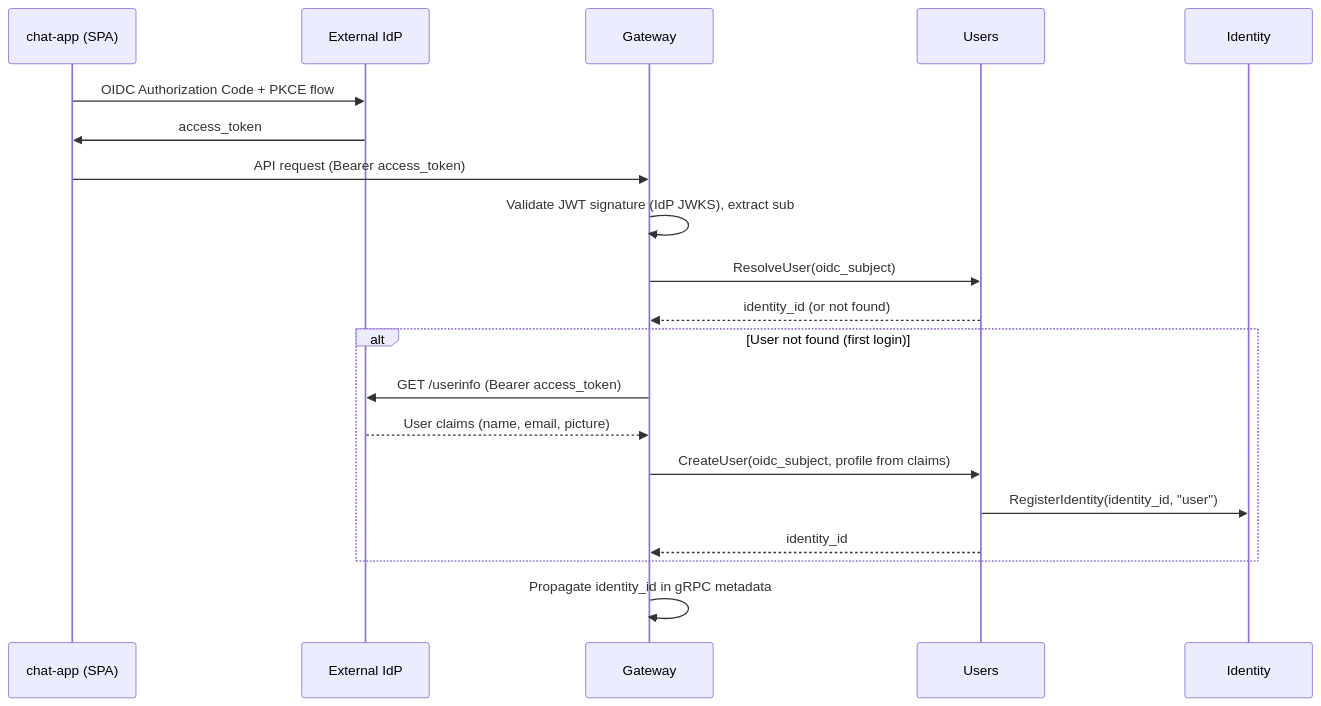
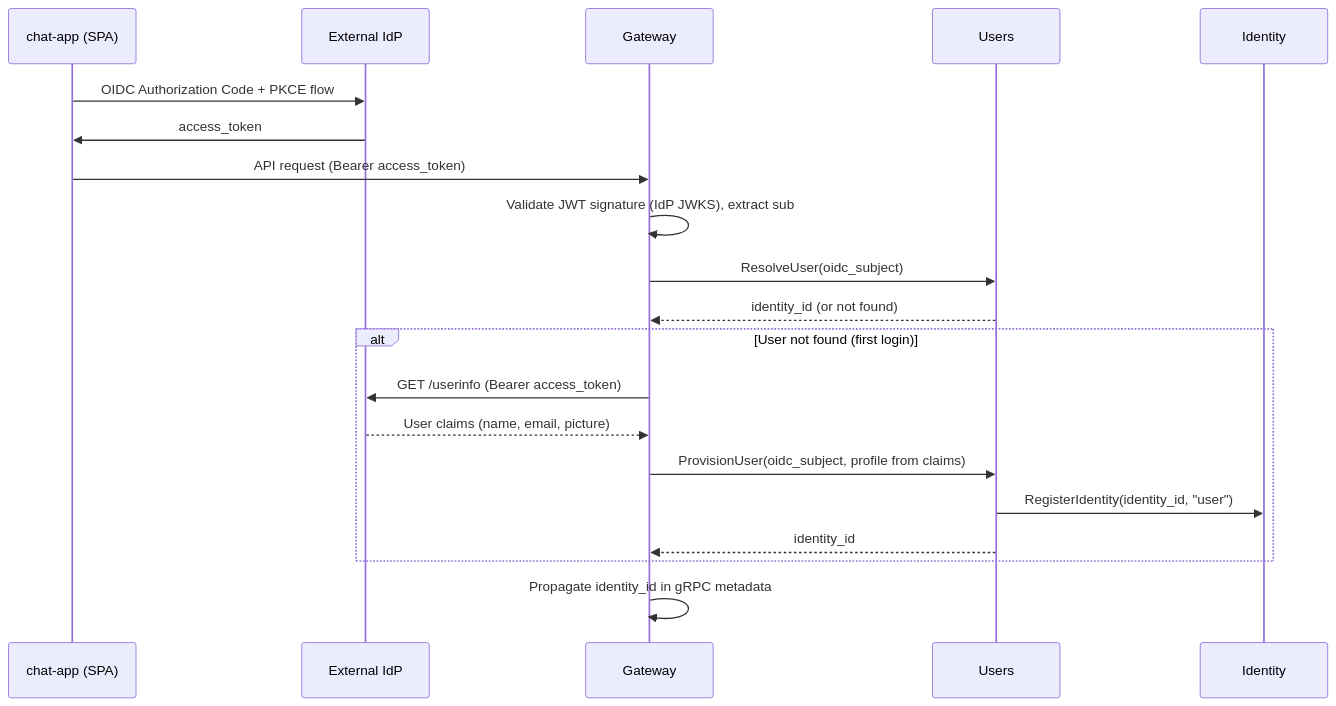
One commit to agynio/architecture changed the second of 2 diagrams in architecture/users.md. Above: the diagram before and after it, drawn with Mermaid. The commit also changed other lines of this file and 8 other files, not shown here.

First line of the commit message:
Add Console (management UI) product spec and architecture (#95)

````diff
--- a/architecture/users.md
+++ b/architecture/users.md
@@ -49,23 +122,23 @@
 ```mermaid
 sequenceDiagram
     participant App as chat-app (SPA)
     participant IdP as External IdP
     participant GW as Gateway
     participant US as Users
     participant IS as Identity
 
     App->>IdP: OIDC Authorization Code + PKCE flow
     IdP->>App: access_token
     App->>GW: API request (Bearer access_token)
     GW->>GW: Validate JWT signature (IdP JWKS), extract sub
     GW->>US: ResolveUser(oidc_subject)
     US-->>GW: identity_id (or not found)
     alt User not found (first login)
         GW->>IdP: GET /userinfo (Bearer access_token)
         IdP-->>GW: User claims (name, email, picture)
-        GW->>US: CreateUser(oidc_subject, profile from claims)
+        GW->>US: ProvisionUser(oidc_subject, profile from claims)
         US->>IS: RegisterIdentity(identity_id, "user")
         US-->>GW: identity_id
     end
     GW->>GW: Propagate identity_id in gRPC metadata
 ```
````
